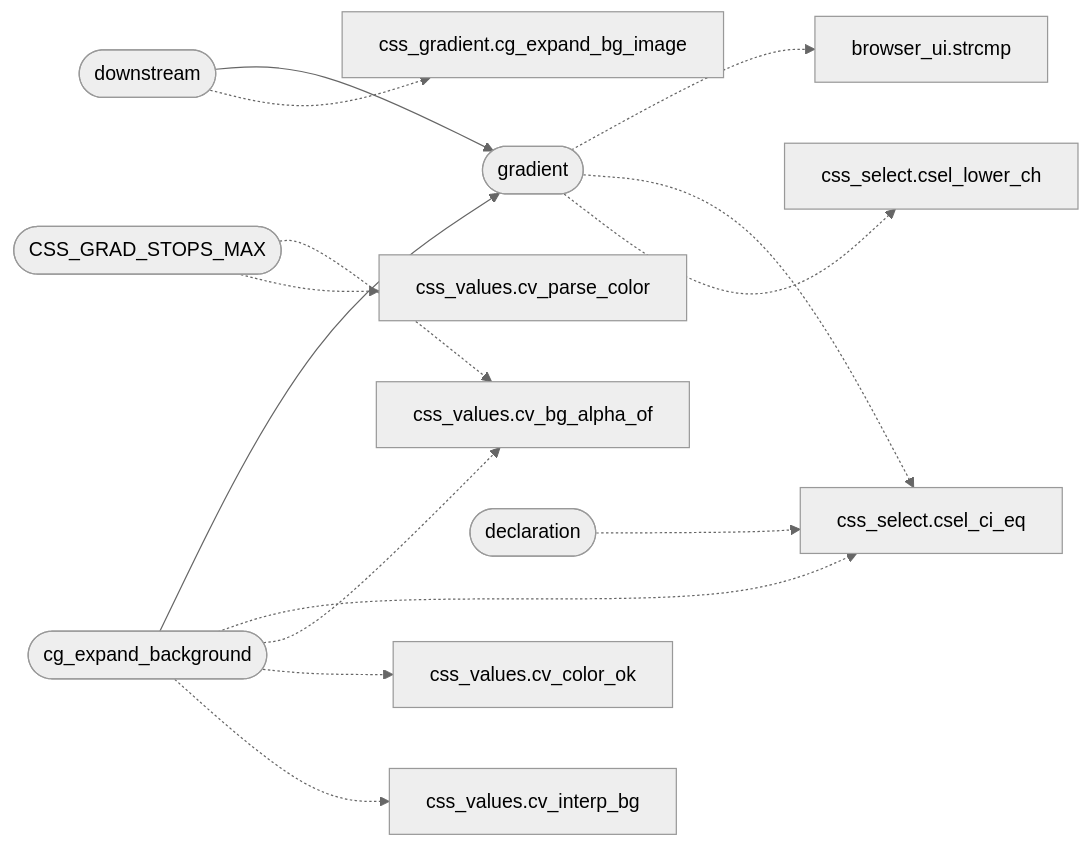
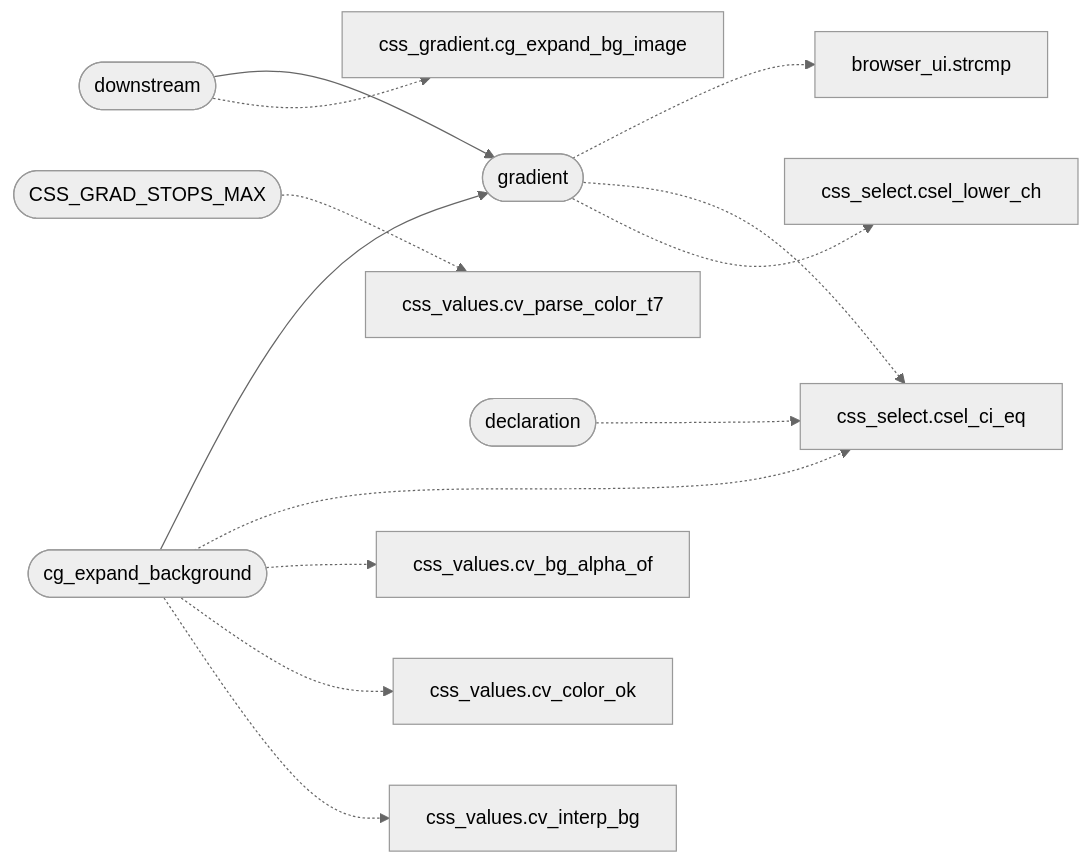
The diagram in readmenator-apidocs/modules/src.css_gradient.c.md (grisuno/FreeDom), drawn with Mermaid (neutral theme) before and after one commit. The commit also changed other lines of this file and 259 other files, not shown here.

````diff
--- a/readmenator-apidocs/modules/src.css_gradient.c.md
+++ b/readmenator-apidocs/modules/src.css_gradient.c.md
@@ -13,29 +13,28 @@
 ```mermaid
 flowchart LR
     n_src_css_gradient_c__downstream(["downstream"])
     n_src_css_gradient_c__gradient(["gradient"])
     n_src_css_gradient_c__cg_expand_background(["cg_expand_background"])
     n_gui_browser_ui_c__strcmp["browser_ui.strcmp"]
     n_include_css_select_h__csel_ci_eq["css_select.csel_ci_eq"]
     n_include_css_select_h__csel_lower_ch["css_select.csel_lower_ch"]
     n_src_css_gradient_c__CSS_GRAD_STOPS_MAX(["CSS_GRAD_STOPS_MAX"])
-    n_include_css_values_h__cv_bg_alpha_of["css_values.cv_bg_alpha_of"]
-    n_include_css_values_h__cv_parse_color["css_values.cv_parse_color"]
+    n_include_css_values_h__cv_parse_color_t7["css_values.cv_parse_color_t7"]
     n_include_css_gradient_h__cg_expand_bg_image["css_gradient.cg_expand_bg_image"]
     n_src_css_gradient_c__declaration(["declaration"])
+    n_include_css_values_h__cv_bg_alpha_of["css_values.cv_bg_alpha_of"]
     n_include_css_values_h__cv_color_ok["css_values.cv_color_ok"]
     n_include_css_values_h__cv_interp_bg["css_values.cv_interp_bg"]
     n_src_css_gradient_c__downstream --> n_src_css_gradient_c__gradient
     n_src_css_gradient_c__cg_expand_background --> n_src_css_gradient_c__gradient
     n_src_css_gradient_c__gradient -.-> n_gui_browser_ui_c__strcmp
     n_src_css_gradient_c__gradient -.-> n_include_css_select_h__csel_ci_eq
     n_src_css_gradient_c__gradient -.-> n_include_css_select_h__csel_lower_ch
-    n_src_css_gradient_c__CSS_GRAD_STOPS_MAX -.-> n_include_css_values_h__cv_bg_alpha_of
-    n_src_css_gradient_c__CSS_GRAD_STOPS_MAX -.-> n_include_css_values_h__cv_parse_color
+    n_src_css_gradient_c__CSS_GRAD_STOPS_MAX -.-> n_include_css_values_h__cv_parse_color_t7
     n_src_css_gradient_c__downstream -.-> n_include_css_gradient_h__cg_expand_bg_image
     n_src_css_gradient_c__declaration -.-> n_include_css_select_h__csel_ci_eq
     n_src_css_gradient_c__cg_expand_background -.-> n_include_css_select_h__csel_ci_eq
     n_src_css_gradient_c__cg_expand_background -.-> n_include_css_values_h__cv_bg_alpha_of
     n_src_css_gradient_c__cg_expand_background -.-> n_include_css_values_h__cv_color_ok
     n_src_css_gradient_c__cg_expand_background -.-> n_include_css_values_h__cv_interp_bg
 ```
````
